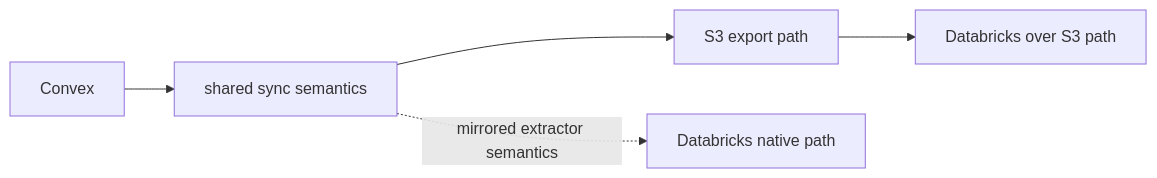
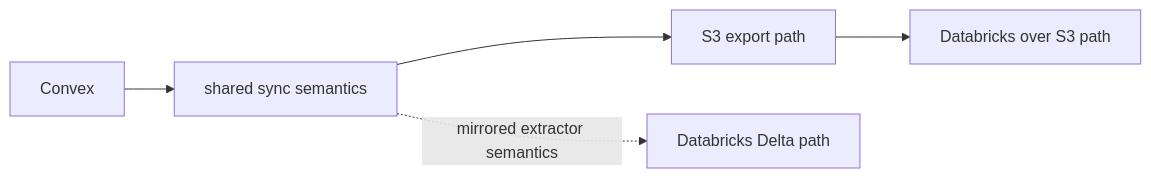
The second of 2 diagrams in README.md (shpitdev/convex-streaming-olap-export), drawn with Mermaid before and after one commit. The commit also changed other lines of this file and 20 other files, not shown here.

First line of the commit message:
feat: bundle databricks delta workflow (#19)

````diff
--- a/README.md
+++ b/README.md
@@ -83,12 +83,12 @@
 ```mermaid
 flowchart LR
   C[Convex]
   E[shared sync semantics]
   S3[S3 export path]
-  DBN[Databricks native path]
+  DBN[Databricks Delta path]
   DBS3[Databricks over S3 path]
   C --> E
   E --> S3
   E -. mirrored extractor semantics .-> DBN
   S3 --> DBS3
 ```
````
